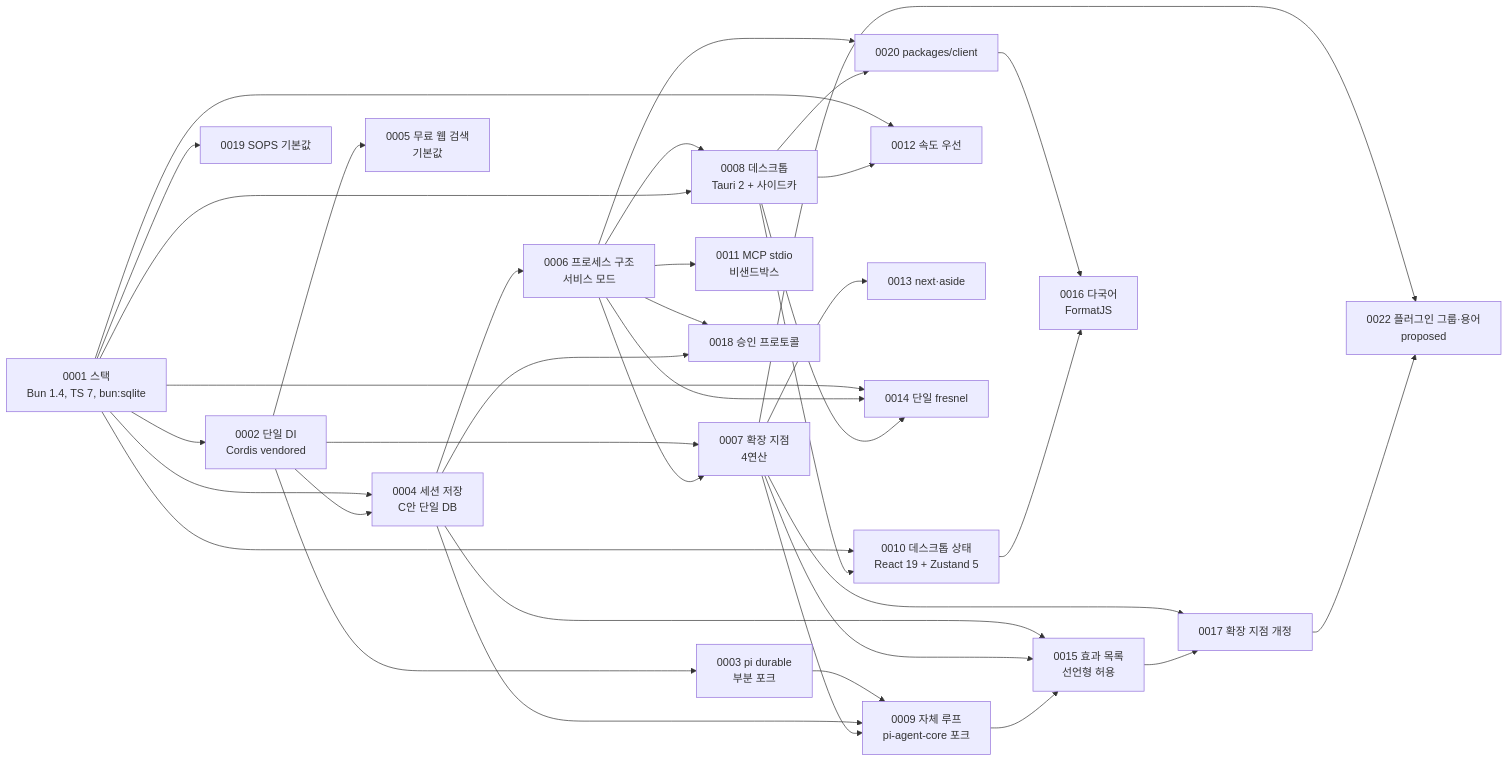
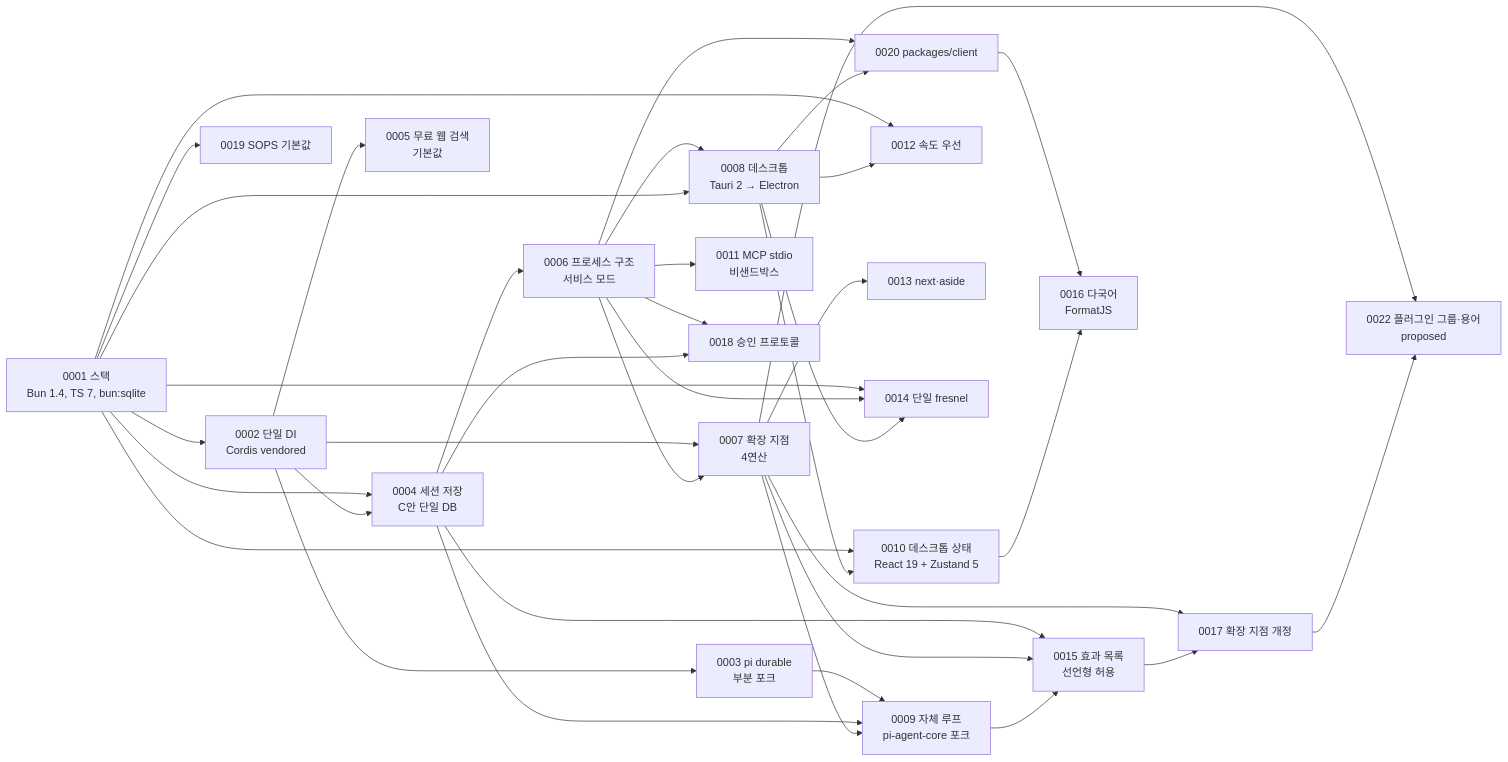
Before and after one commit to Rengod95/Helm-Agent_Docs_OS: the diagram in docs/xeon/decisions/README.md, drawn with Mermaid. The commit also changed other lines of this file and 50 other files, not shown here.

````diff
--- a/docs/xeon/decisions/README.md
+++ b/docs/xeon/decisions/README.md
@@ -106,61 +106,61 @@
 ```mermaid
 flowchart LR
   A1["0001 스택<br/>Bun 1.4, TS 7, bun:sqlite"]
   A2["0002 단일 DI<br/>Cordis vendored"]
   A3["0003 pi durable<br/>부분 포크"]
   A4["0004 세션 저장<br/>C안 단일 DB"]
   A5["0005 무료 웹 검색<br/>기본값"]
   A6["0006 프로세스 구조<br/>서비스 모드"]
   A7["0007 확장 지점<br/>4연산"]
-  A8["0008 데스크톱<br/>Tauri 2 + 사이드카"]
+  A8["0008 데스크톱<br/>Tauri 2 → Electron"]
   A9["0009 자체 루프<br/>pi-agent-core 포크"]
   A10["0010 데스크톱 상태<br/>React 19 + Zustand 5"]
   A11["0011 MCP stdio<br/>비샌드박스"]
   A12["0012 속도 우선"]
   A13["0013 next·aside"]
   A14["0014 단일 fresnel"]
   A15["0015 효과 목록<br/>선언형 허용"]
   A16["0016 다국어<br/>FormatJS"]
   A17["0017 확장 지점 개정"]
   A18["0018 승인 프로토콜"]
   A19["0019 SOPS 기본값"]
   A20["0020 packages/client"]
   A22["0022 플러그인 그룹·용어<br/>proposed"]
 
   A1 --> A2
   A2 --> A7
   A2 --> A3
   A1 --> A4
   A2 --> A4
   A2 --> A5
   A4 --> A6
   A6 --> A7
   A6 --> A8
   A1 --> A8
   A3 --> A9
   A4 --> A9
   A7 --> A9
   A1 --> A10
   A8 --> A10
   A6 --> A11
   A1 --> A12
   A8 --> A12
   A7 --> A13
   A1 --> A14
   A6 --> A14
   A8 --> A14
   A4 --> A15
   A7 --> A15
   A9 --> A15
   A20 --> A16
   A10 --> A16
   A7 --> A17
   A15 --> A17
   A6 --> A18
   A4 --> A18
   A1 --> A19
   A6 --> A20
   A8 --> A20
   A7 --> A22
   A17 --> A22
 ```
````
